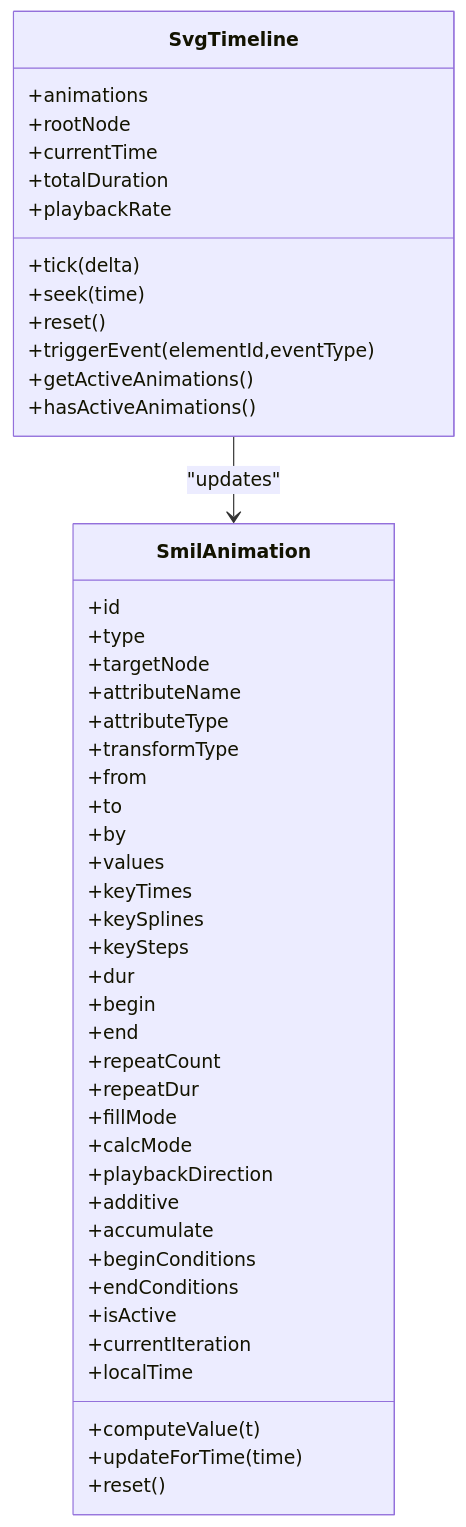
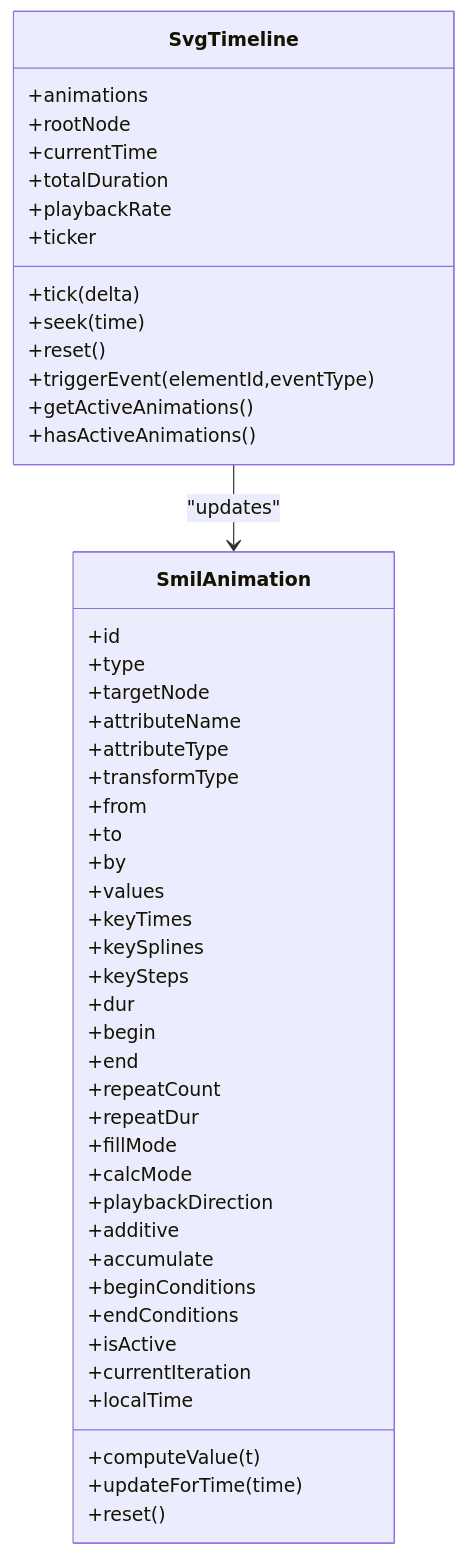
One commit to denisnadey/flutter_full_svg_support changed the third of 19 diagrams in .qoder/repowiki/en/content/Animated SVG Support/Advanced Animation Features/Advanced Animation Features.md. Above: the diagram before and after it, drawn with Mermaid. The commit also changed other lines of this file and 20 other files, not shown here.

````diff
--- a/.qoder/repowiki/en/content/Animated SVG Support/Advanced Animation Features/Advanced Animation Features.md
+++ b/.qoder/repowiki/en/content/Animated SVG Support/Advanced Animation Features/Advanced Animation Features.md
@@ -368,50 +379,51 @@
 ```mermaid
 classDiagram
 class SmilAnimation {
 +id
 +type
 +targetNode
 +attributeName
 +attributeType
 +transformType
 +from
 +to
 +by
 +values
 +keyTimes
 +keySplines
 +keySteps
 +dur
 +begin
 +end
 +repeatCount
 +repeatDur
 +fillMode
 +calcMode
 +playbackDirection
 +additive
 +accumulate
 +beginConditions
 +endConditions
 +isActive
 +currentIteration
 +localTime
 +computeValue(t)
 +updateForTime(time)
 +reset()
 }
 class SvgTimeline {
 +animations
 +rootNode
 +currentTime
 +totalDuration
 +playbackRate
++ticker
 +tick(delta)
 +seek(time)
 +reset()
 +triggerEvent(elementId,eventType)
 +getActiveAnimations()
 +hasActiveAnimations()
 }
 SvgTimeline --> SmilAnimation : "updates"
 ```
````
